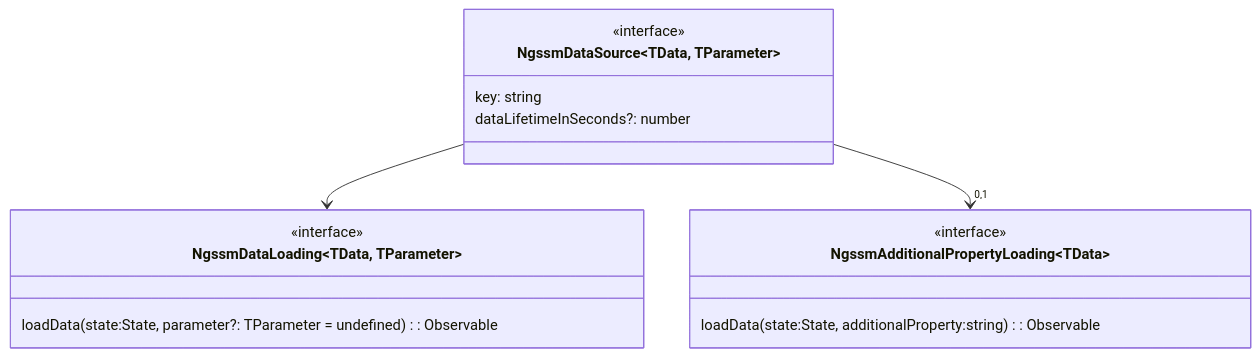
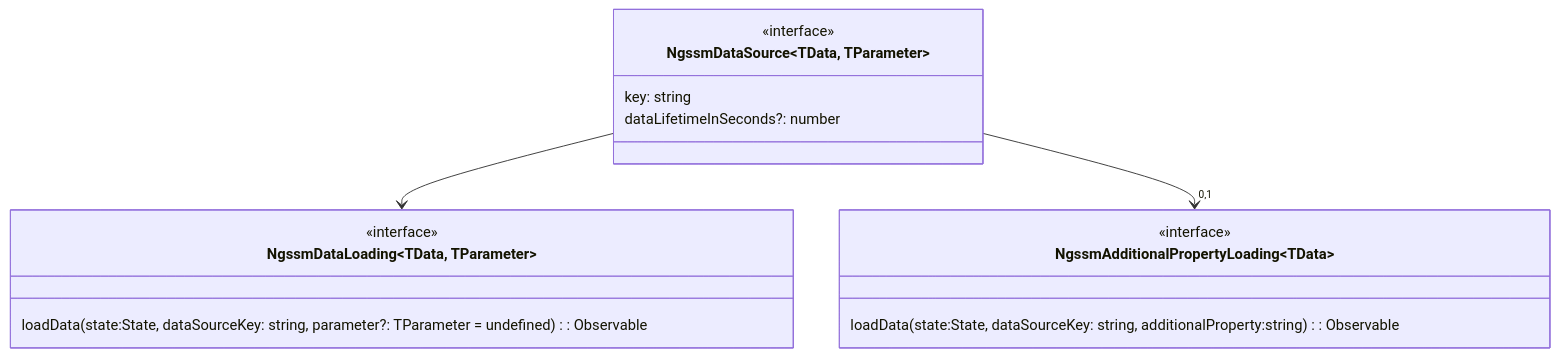
The first of 2 diagrams in docs/libraries/ngssm-data.md (LionMarc/ng-simple-state-management), drawn with Mermaid before and after one commit. The commit also changed 6 other files, not shown here.

First line of the commit message:
[ngssm-data] Add data source key as parameter of the loading functions (#274)

````diff
--- a/docs/libraries/ngssm-data.md
+++ b/docs/libraries/ngssm-data.md
@@ -29,21 +29,21 @@
 ```mermaid
 classDiagram
     class NgssmDataLoading~TData, TParameter~{
         <<interface>>
-        loadData(state:State, parameter?: TParameter = undefined): Observable<TData>
+        loadData(state:State, dataSourceKey: string, parameter?: TParameter = undefined): Observable<TData>
     }
 
     class NgssmAdditionalPropertyLoading~TData~{
         <<interface>>
-        loadData(state:State, additionalProperty:string): Observable<TData>
+        loadData(state:State, dataSourceKey: string, additionalProperty:string): Observable<TData>
     }
 
     class NgssmDataSource~TData, TParameter~{
         <<interface>>
         key: string
         dataLifetimeInSeconds?: number
     }
 
     NgssmDataSource --> NgssmDataLoading
     NgssmDataSource --> "0,1" NgssmAdditionalPropertyLoading
 ```
````
